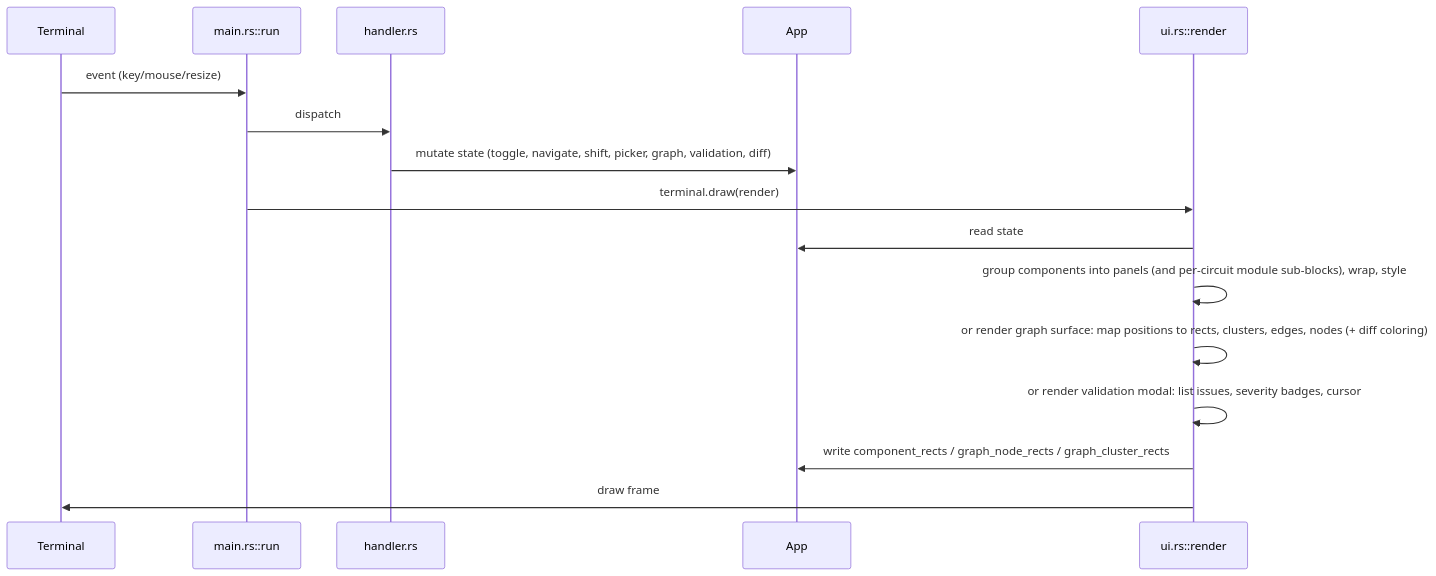
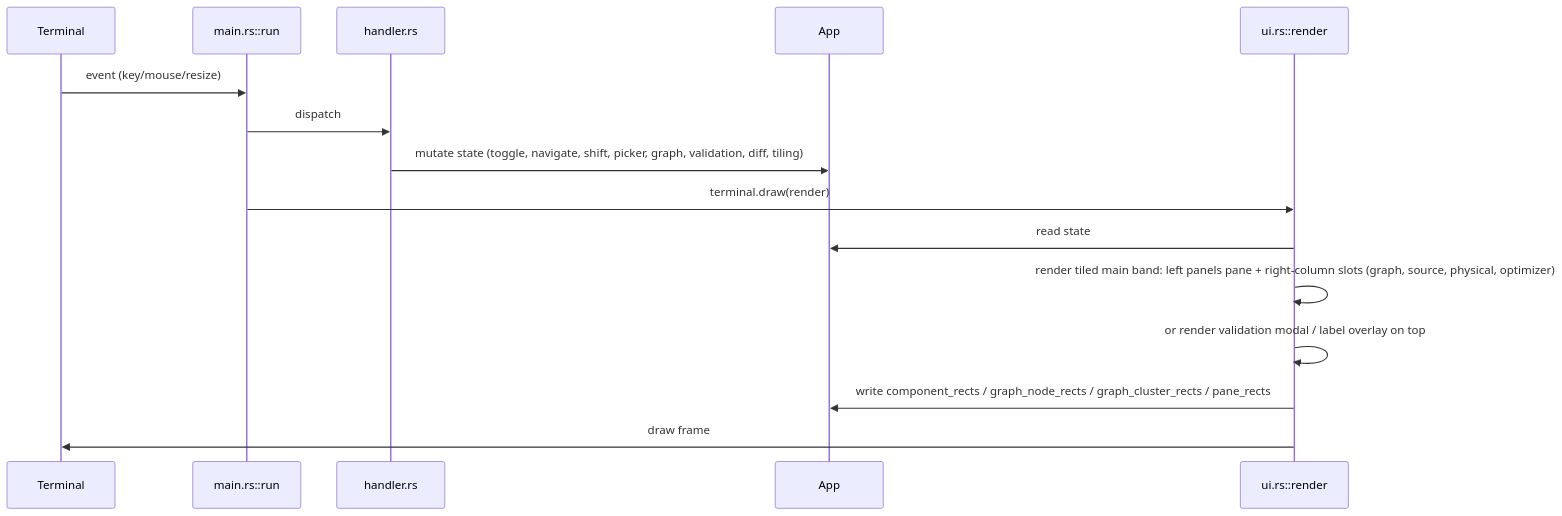
One commit to moonstruxx/droid-buddy changed the second of 5 diagrams in ARCHITECTURE.md. Above: the diagram before and after it, drawn with Mermaid. The commit also changed other lines of this file and 130 other files, not shown here.

````diff
--- a/ARCHITECTURE.md
+++ b/ARCHITECTURE.md
@@ -232,18 +234,17 @@
 ```mermaid
 sequenceDiagram
     participant T as Terminal
     participant L as main.rs::run
     participant H as handler.rs
     participant A as App
     participant U as ui.rs::render
     T->>L: event (key/mouse/resize)
     L->>H: dispatch
-    H->>A: mutate state (toggle, navigate, shift, picker, graph, validation, diff)
+    H->>A: mutate state (toggle, navigate, shift, picker, graph, validation, diff, tiling)
     L->>U: terminal.draw(render)
     U->>A: read state
-    U->>U: group components into panels (and per-circuit module sub-blocks), wrap, style
-    U->>U: or render graph surface: map positions to rects, clusters, edges, nodes (+ diff coloring)
-    U->>U: or render validation modal: list issues, severity badges, cursor
-    U->>A: write component_rects / graph_node_rects / graph_cluster_rects
+    U->>U: render tiled main band: left panels pane + right-column slots (graph, source, physical, optimizer)
+    U->>U: or render validation modal / label overlay on top
+    U->>A: write component_rects / graph_node_rects / graph_cluster_rects / pane_rects
     U->>T: draw frame
 ```
````
